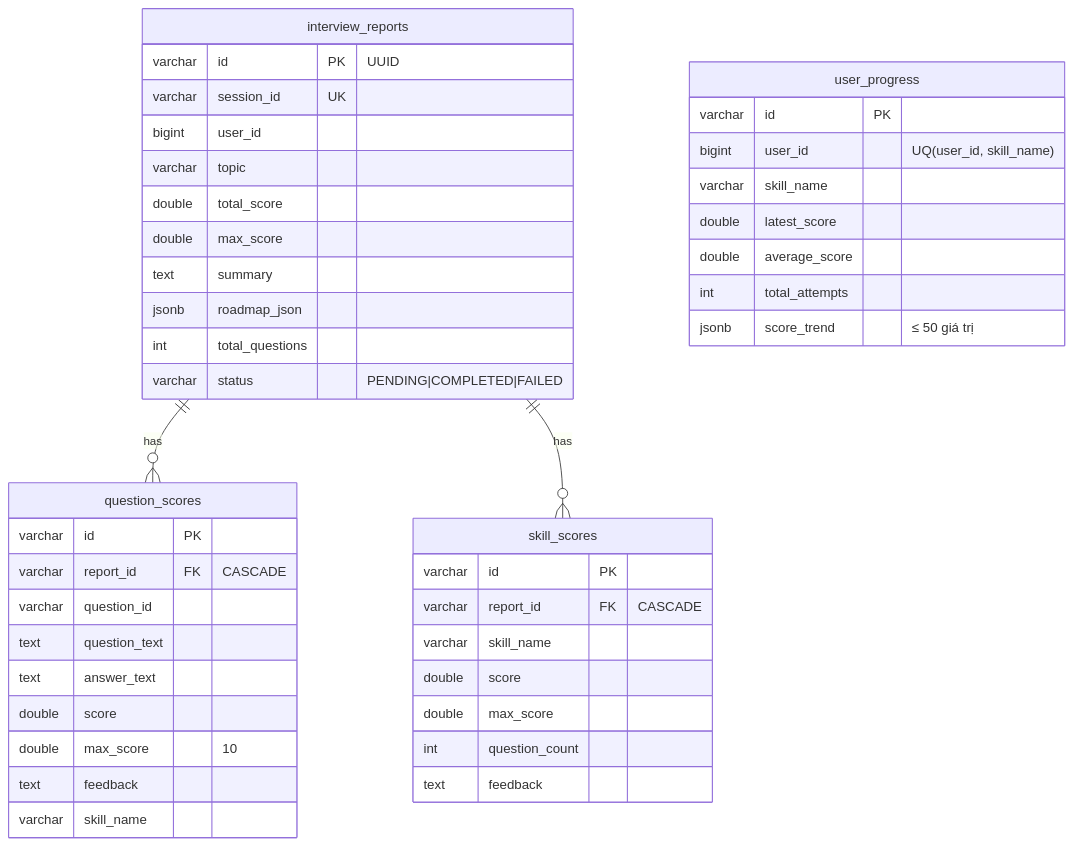
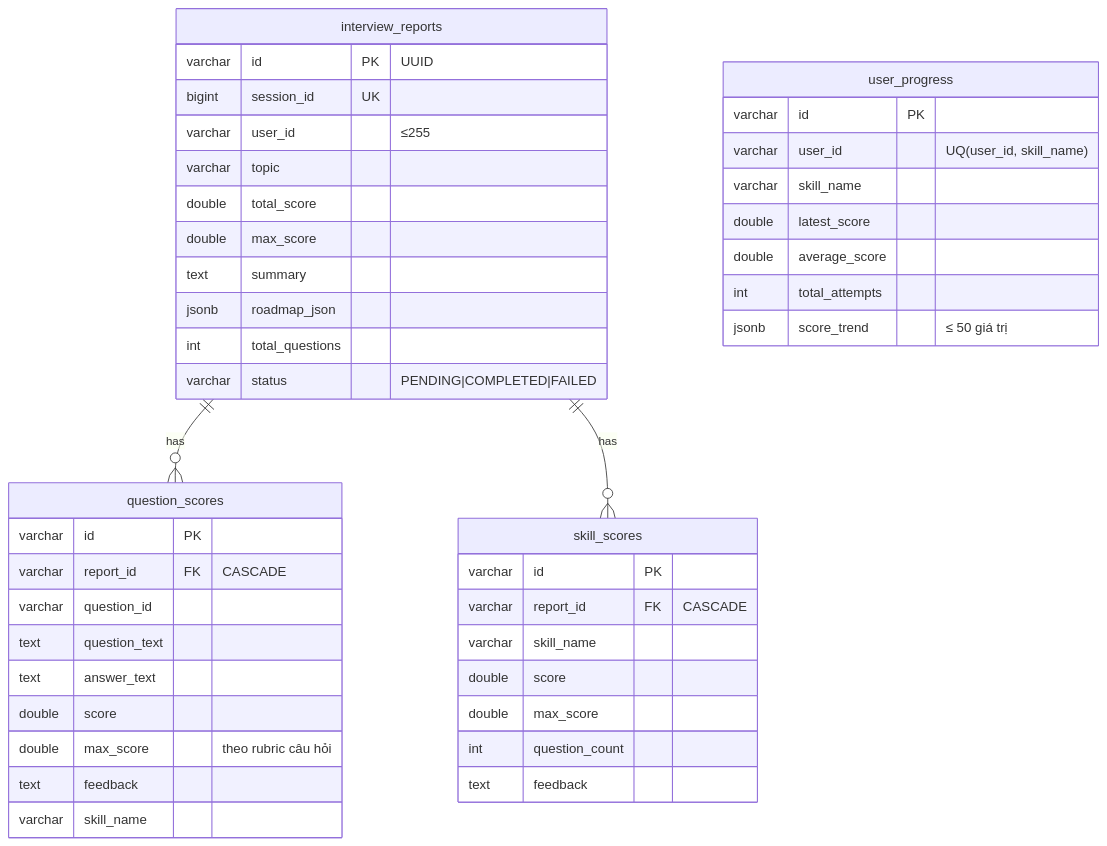
The first of 2 diagrams in docs/services/report-service.md (ngohoangg/intelli-hire), drawn with Mermaid before and after one commit. The commit also changed other lines of this file and 19 other files, not shown here.

````diff
--- a/docs/services/report-service.md
+++ b/docs/services/report-service.md
@@ -21,47 +23,47 @@
 ```mermaid
 erDiagram
     interview_reports ||--o{ question_scores : has
     interview_reports ||--o{ skill_scores : has
 
     interview_reports {
         varchar id PK "UUID"
-        varchar session_id UK
-        bigint user_id
+        bigint session_id UK
+        varchar user_id "≤255"
         varchar topic
         double total_score
         double max_score
         text summary
         jsonb roadmap_json
         int total_questions
         varchar status "PENDING|COMPLETED|FAILED"
     }
     question_scores {
         varchar id PK
         varchar report_id FK "CASCADE"
         varchar question_id
         text question_text
         text answer_text
         double score
-        double max_score "10"
+        double max_score "theo rubric câu hỏi"
         text feedback
         varchar skill_name
     }
     skill_scores {
         varchar id PK
         varchar report_id FK "CASCADE"
         varchar skill_name
         double score
         double max_score
         int question_count
         text feedback
     }
     user_progress {
         varchar id PK
-        bigint user_id "UQ(user_id, skill_name)"
+        varchar user_id "UQ(user_id, skill_name)"
         varchar skill_name
         double latest_score
         double average_score
         int total_attempts
         jsonb score_trend "≤ 50 giá trị"
     }
 ```
````
